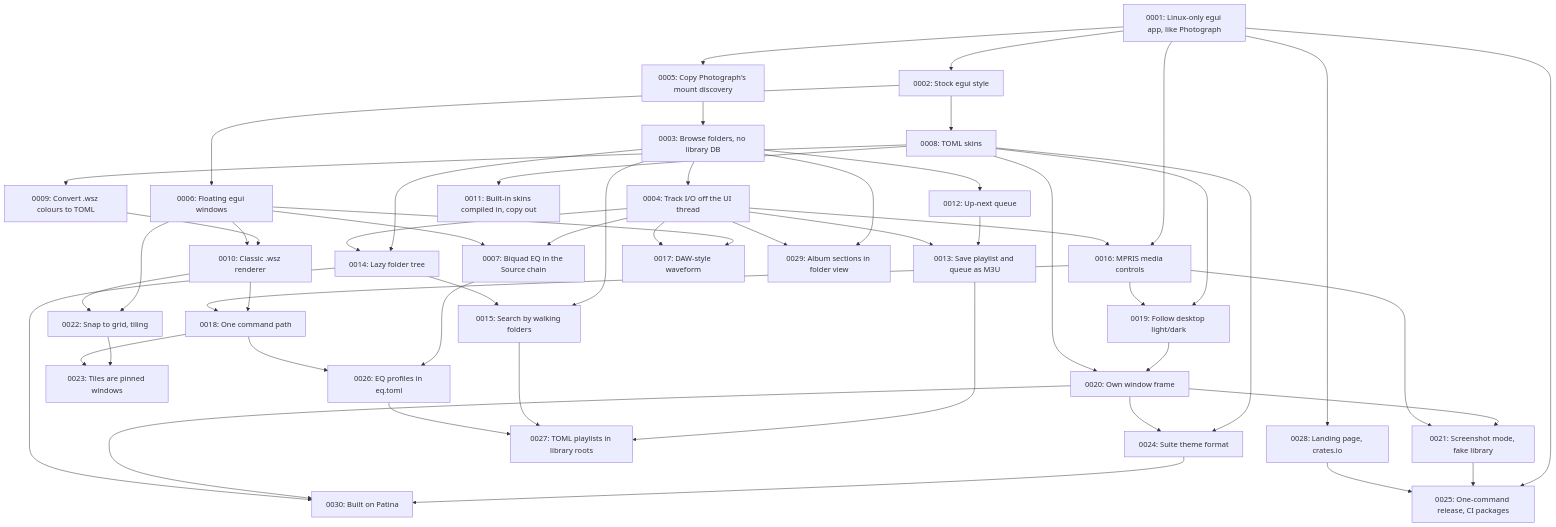
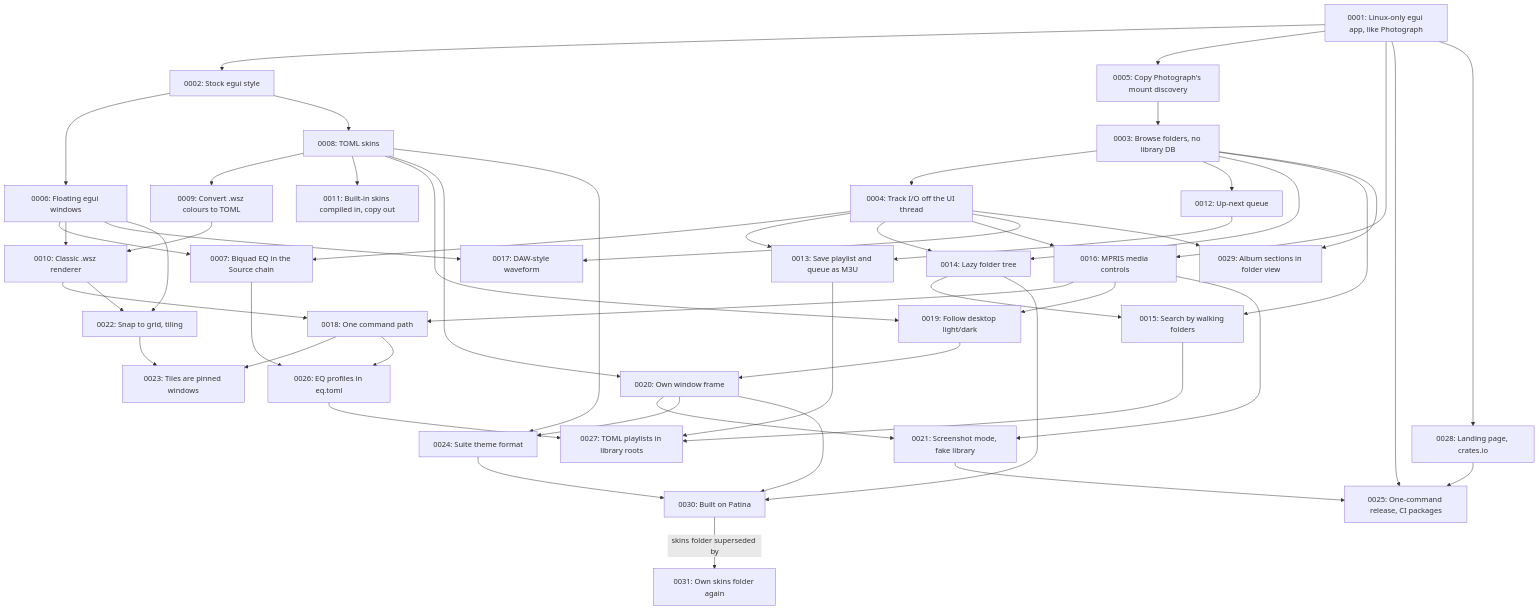
One commit to divanvisagie/UnAmp changed the diagram in docs/adr/README.md. Above: the diagram before and after it, drawn with Mermaid. The commit also changed other lines of this file and 8 other files, not shown here.

Commit message:
Skins only from UnAmp's own folder again (ADR-0031, Patina 0.1.7)

````diff
--- a/docs/adr/README.md
+++ b/docs/adr/README.md
@@ -76,54 +77,55 @@
 ```mermaid
 flowchart TD
     A[0001: Linux-only egui app, like Photograph] --> B[0002: Stock egui style]
     A --> E[0005: Copy Photograph's mount discovery]
     C[0003: Browse folders, no library DB] --> D[0004: Track I/O off the UI thread]
     E --> C
     B --> F[0006: Floating egui windows]
     D --> G[0007: Biquad EQ in the Source chain]
     F --> G
     B --> H[0008: TOML skins]
     H --> I[0009: Convert .wsz colours to TOML]
     I --> J[0010: Classic .wsz renderer]
     F --> J
     H --> K[0011: Built-in skins compiled in, copy out]
     C --> L[0012: Up-next queue]
     L --> M[0013: Save playlist and queue as M3U]
     D --> M
     C --> N[0014: Lazy folder tree]
     D --> N
     C --> O[0015: Search by walking folders]
     N --> O
     A --> P[0016: MPRIS media controls]
     D --> P
     F --> Q[0017: DAW-style waveform]
     D --> Q
     J --> R[0018: One command path]
     P --> R
     H --> S[0019: Follow desktop light/dark]
     P --> S
     S --> T[0020: Own window frame]
     H --> T
     T --> U[0021: Screenshot mode, fake library]
     P --> U
     F --> V[0022: Snap to grid, tiling]
     J --> V
     V --> W[0023: Tiles are pinned windows]
     R --> W
     H --> X[0024: Suite theme format]
     T --> X
     A --> Y[0025: One-command release, CI packages]
     U --> Y
     G --> Z[0026: EQ profiles in eq.toml]
     R --> Z
     M --> AA[0027: TOML playlists in library roots]
     O --> AA
     Z --> AA
     A --> AB[0028: Landing page, crates.io]
     AB --> Y
     C --> AD[0029: Album sections in folder view]
     X --> AE[0030: Built on Patina]
+    AE -->|skins folder superseded by| AF[0031: Own skins folder again]
     T --> AE
     N --> AE
     D --> AD
 ```
````
